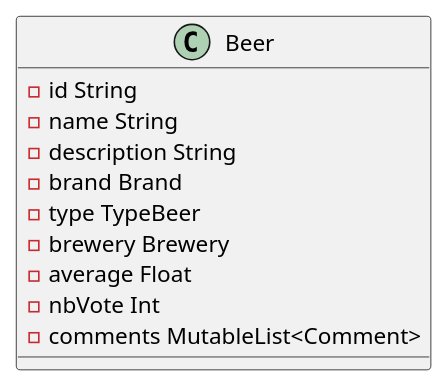
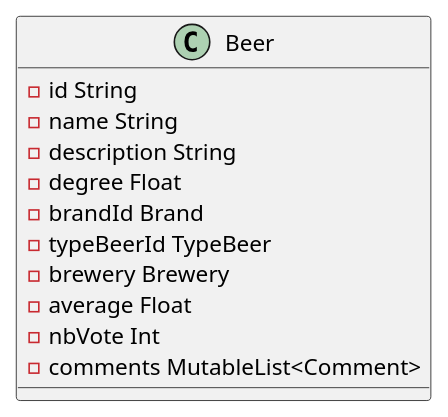
Before and after one commit to TheNoobProgrammeur/birudroid: the diagram in doc/spec/models/uml/beer.puml, drawn with PlantUML. The commit also changed 20 other files, not shown here.

```diff
--- a/doc/spec/models/uml/beer.puml
+++ b/doc/spec/models/uml/beer.puml
@@ -1,13 +1,14 @@
 @startuml Class Beer
 class Beer{
     - id String
     - name String
     - description String
-    - brand Brand
-    - type TypeBeer
+    - degree Float
+    - brandId Brand
+    - typeBeerId TypeBeer
     - brewery Brewery
     - average Float
     - nbVote Int
     - comments MutableList<Comment>
 }
 @enduml
```
